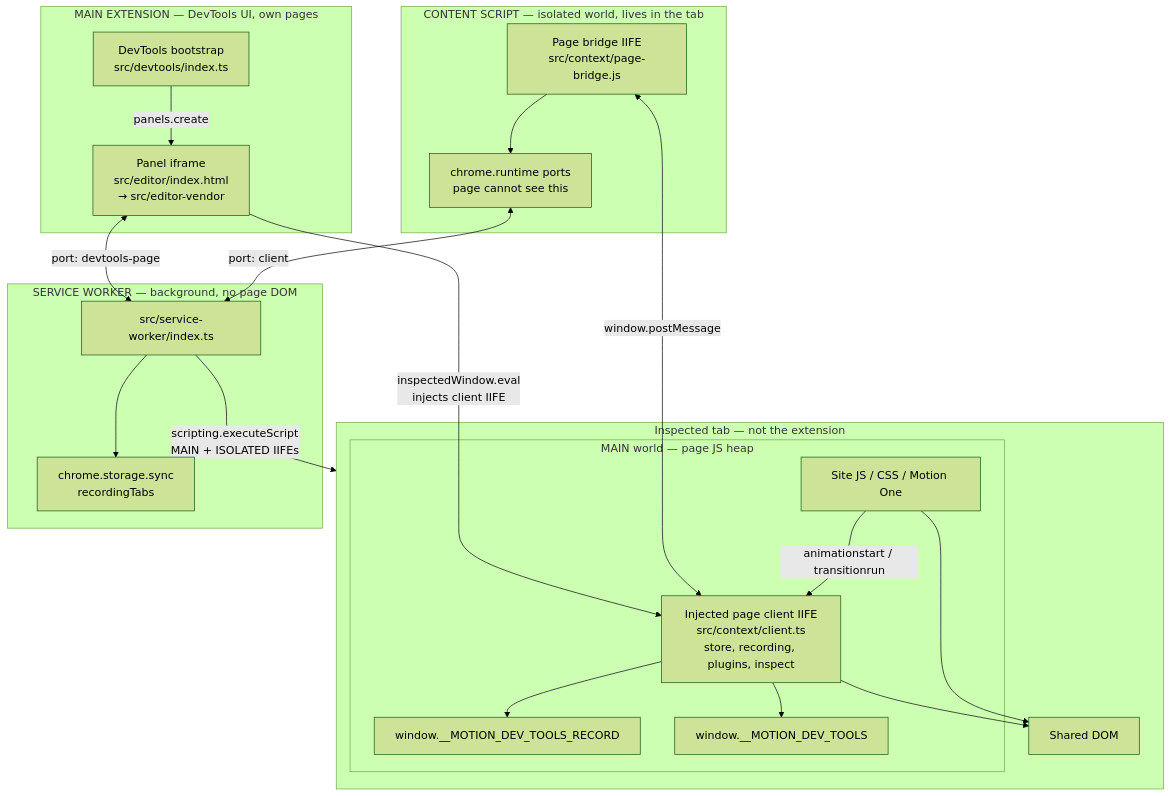
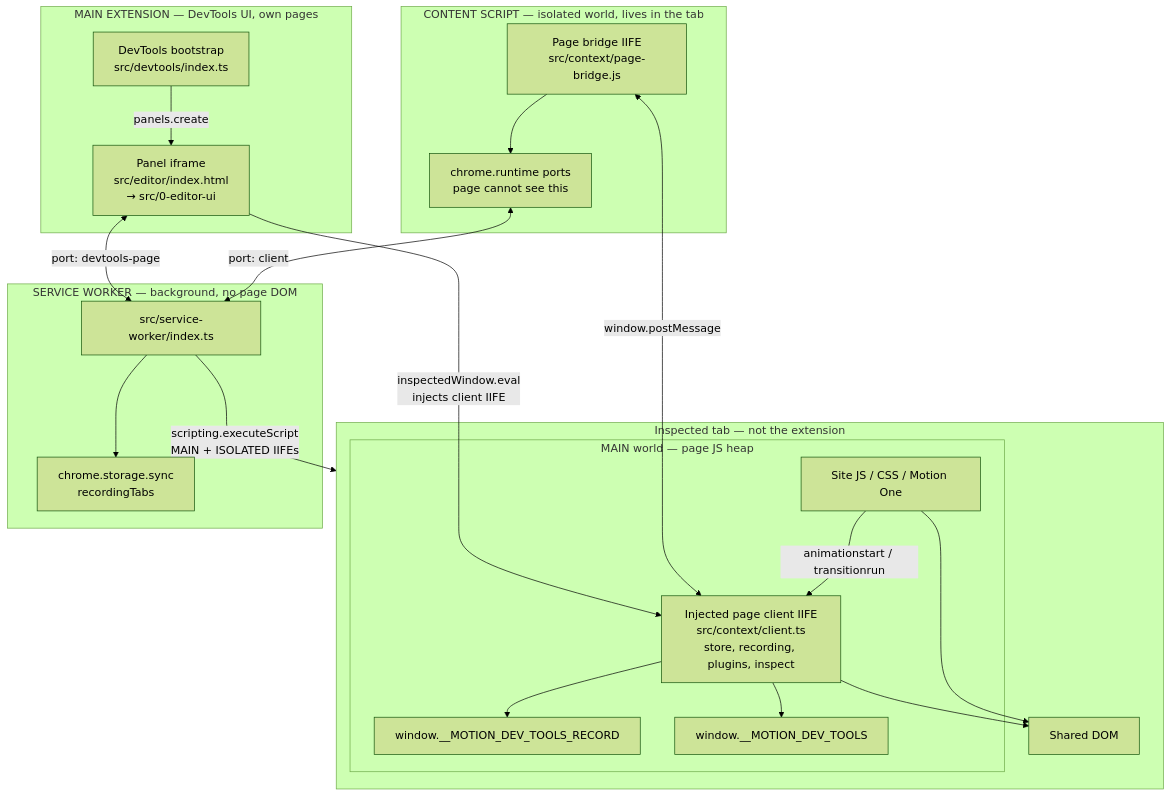
The first of 3 diagrams in assets/docs/2026.09.12.26, 2, extension_worlds.md (maxzz/transitions-chrome), drawn with Mermaid (forest theme) before and after one commit. The commit also changed other lines of this file and 30 other files, not shown here.

````diff
--- a/assets/docs/2026.09.12.26, 2, extension_worlds.md
+++ b/assets/docs/2026.09.12.26, 2, extension_worlds.md
@@ -9,41 +9,41 @@
 ```mermaid
 flowchart TB
   subgraph InspectedTab["Inspected tab — not the extension"]
     subgraph MainWorld["MAIN world — page JS heap"]
       SiteJS["Site JS / CSS / Motion One"]
       Client["Injected page client IIFE<br/>src/context/client.ts<br/>store, recording, plugins, inspect"]
       Hook["window.__MOTION_DEV_TOOLS_RECORD"]
       Flags["window.__MOTION_DEV_TOOLS"]
       SiteJS -->|"animationstart / transitionrun"| Client
       Client --> Hook
       Client --> Flags
     end
     DOM["Shared DOM"]
     SiteJS --> DOM
     Client --> DOM
   end
 
   subgraph ContentScript["CONTENT SCRIPT — isolated world, lives in the tab"]
     Bridge["Page bridge IIFE<br/>src/context/page-bridge.js"]
     IsolatedChrome["chrome.runtime ports<br/>page cannot see this"]
     Bridge --> IsolatedChrome
   end
 
   subgraph ServiceWorker["SERVICE WORKER — background, no page DOM"]
     SW["src/service-worker/index.ts"]
     Storage["chrome.storage.sync<br/>recordingTabs"]
     SW --> Storage
   end
 
   subgraph MainExtension["MAIN EXTENSION — DevTools UI, own pages"]
     DT["DevTools bootstrap<br/>src/devtools/index.ts"]
-    Editor["Panel iframe<br/>src/editor/index.html<br/>→ src/editor-vendor"]
+    Editor["Panel iframe<br/>src/editor/index.html<br/>→ src/0-editor-ui"]
     DT -->|"panels.create"| Editor
   end
 
   Bridge <-->|"window.postMessage"| Client
   IsolatedChrome <-->|"port: client"| SW
   Editor <-->|"port: devtools-page"| SW
   Editor -->|"inspectedWindow.eval<br/>injects client IIFE"| Client
   SW -->|"scripting.executeScript<br/>MAIN + ISOLATED IIFEs"| InspectedTab
 ```
````
